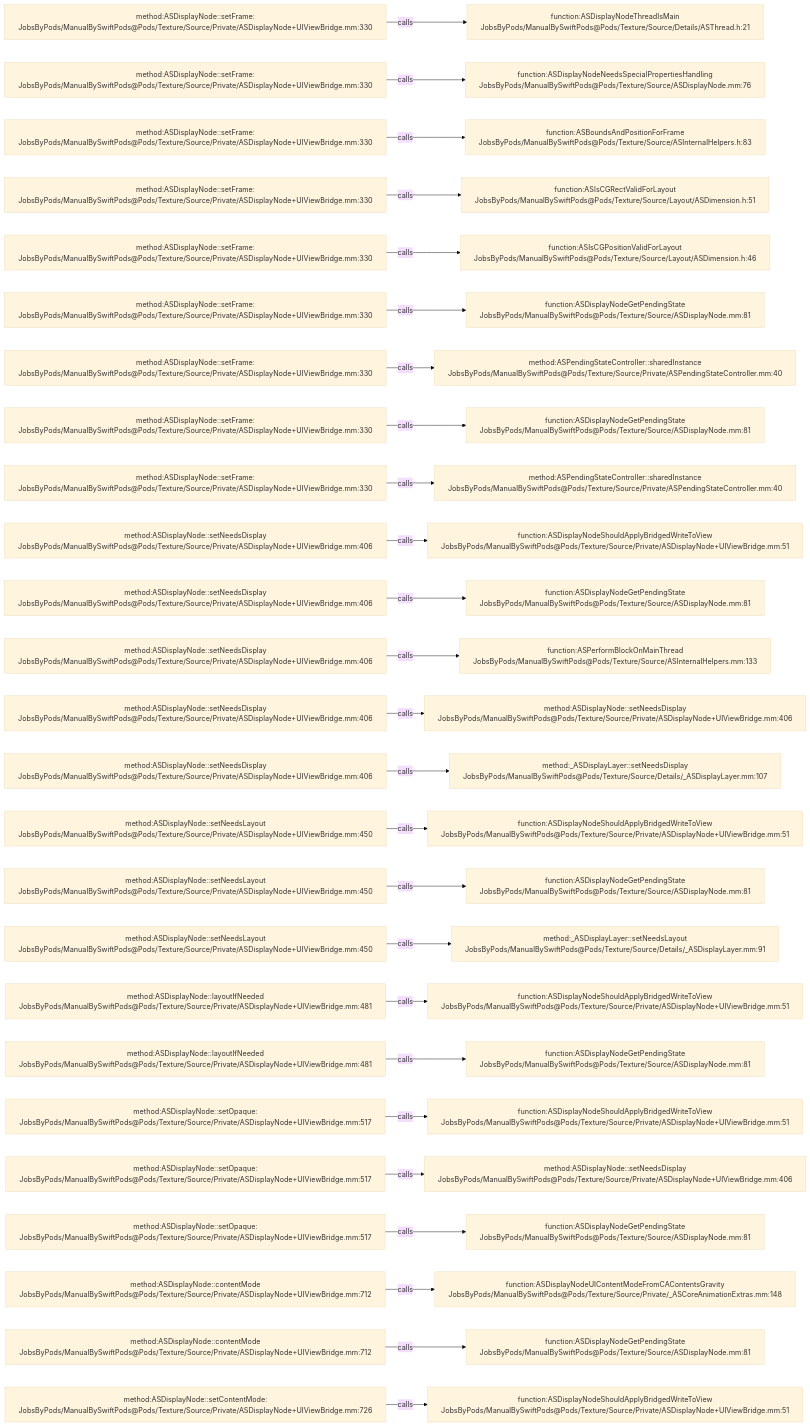
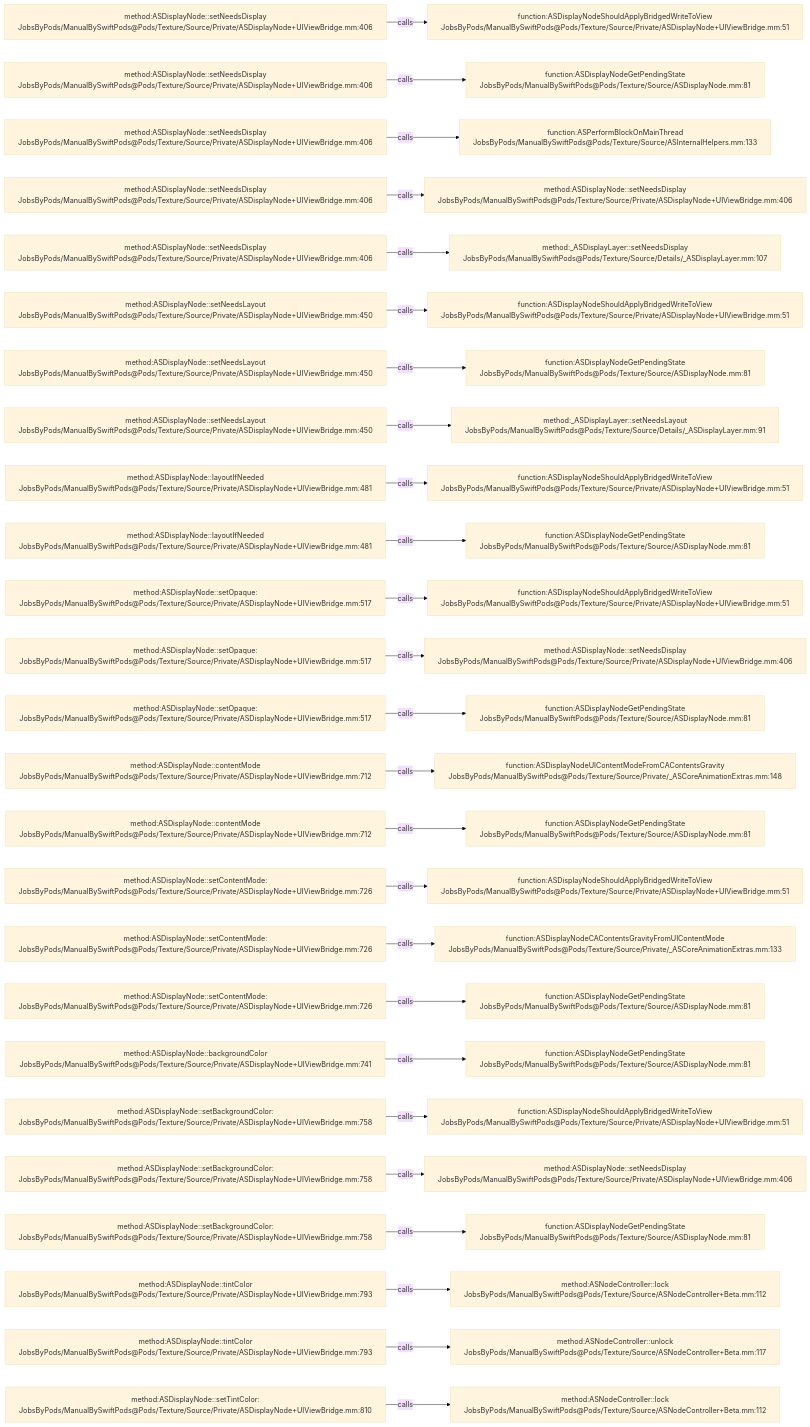
Before and after one commit to JobsKits/JobsSwiftBaseConfigDemo: the diagram in .codegraph/codegraph.md/graphs/calls-119.md, drawn with Mermaid (base theme). The commit also changed 707 other files, not shown here.

````diff
--- a/.codegraph/codegraph.md/graphs/calls-119.md
+++ b/.codegraph/codegraph.md/graphs/calls-119.md
@@ -13,78 +13,78 @@
 ```mermaid
 flowchart LR
-  S1["method:ASDisplayNode::setFrame:<br/>JobsByPods/ManualBySwiftPods@Pods/Texture/Source/Private/ASDisplayNode+UIViewBridge.mm:330"]
-  T1["function:ASDisplayNodeThreadIsMain<br/>JobsByPods/ManualBySwiftPods@Pods/Texture/Source/Details/ASThread.h:21"]
+  S1["method:ASDisplayNode::setNeedsDisplay<br/>JobsByPods/ManualBySwiftPods@Pods/Texture/Source/Private/ASDisplayNode+UIViewBridge.mm:406"]
+  T1["function:ASDisplayNodeShouldApplyBridgedWriteToView<br/>JobsByPods/ManualBySwiftPods@Pods/Texture/Source/Private/ASDisplayNode+UIViewBridge.mm:51"]
   S1 -->|calls| T1
-  S2["method:ASDisplayNode::setFrame:<br/>JobsByPods/ManualBySwiftPods@Pods/Texture/Source/Private/ASDisplayNode+UIViewBridge.mm:330"]
-  T2["function:ASDisplayNodeNeedsSpecialPropertiesHandling<br/>JobsByPods/ManualBySwiftPods@Pods/Texture/Source/ASDisplayNode.mm:76"]
+  S2["method:ASDisplayNode::setNeedsDisplay<br/>JobsByPods/ManualBySwiftPods@Pods/Texture/Source/Private/ASDisplayNode+UIViewBridge.mm:406"]
+  T2["function:ASDisplayNodeGetPendingState<br/>JobsByPods/ManualBySwiftPods@Pods/Texture/Source/ASDisplayNode.mm:81"]
   S2 -->|calls| T2
-  S3["method:ASDisplayNode::setFrame:<br/>JobsByPods/ManualBySwiftPods@Pods/Texture/Source/Private/ASDisplayNode+UIViewBridge.mm:330"]
-  T3["function:ASBoundsAndPositionForFrame<br/>JobsByPods/ManualBySwiftPods@Pods/Texture/Source/ASInternalHelpers.h:83"]
+  S3["method:ASDisplayNode::setNeedsDisplay<br/>JobsByPods/ManualBySwiftPods@Pods/Texture/Source/Private/ASDisplayNode+UIViewBridge.mm:406"]
+  T3["function:ASPerformBlockOnMainThread<br/>JobsByPods/ManualBySwiftPods@Pods/Texture/Source/ASInternalHelpers.mm:133"]
   S3 -->|calls| T3
-  S4["method:ASDisplayNode::setFrame:<br/>JobsByPods/ManualBySwiftPods@Pods/Texture/Source/Private/ASDisplayNode+UIViewBridge.mm:330"]
-  T4["function:ASIsCGRectValidForLayout<br/>JobsByPods/ManualBySwiftPods@Pods/Texture/Source/Layout/ASDimension.h:51"]
+  S4["method:ASDisplayNode::setNeedsDisplay<br/>JobsByPods/ManualBySwiftPods@Pods/Texture/Source/Private/ASDisplayNode+UIViewBridge.mm:406"]
+  T4["method:ASDisplayNode::setNeedsDisplay<br/>JobsByPods/ManualBySwiftPods@Pods/Texture/Source/Private/ASDisplayNode+UIViewBridge.mm:406"]
   S4 -->|calls| T4
-  S5["method:ASDisplayNode::setFrame:<br/>JobsByPods/ManualBySwiftPods@Pods/Texture/Source/Private/ASDisplayNode+UIViewBridge.mm:330"]
-  T5["function:ASIsCGPositionValidForLayout<br/>JobsByPods/ManualBySwiftPods@Pods/Texture/Source/Layout/ASDimension.h:46"]
+  S5["method:ASDisplayNode::setNeedsDisplay<br/>JobsByPods/ManualBySwiftPods@Pods/Texture/Source/Private/ASDisplayNode+UIViewBridge.mm:406"]
+  T5["method:_ASDisplayLayer::setNeedsDisplay<br/>JobsByPods/ManualBySwiftPods@Pods/Texture/Source/Details/_ASDisplayLayer.mm:107"]
   S5 -->|calls| T5
-  S6["method:ASDisplayNode::setFrame:<br/>JobsByPods/ManualBySwiftPods@Pods/Texture/Source/Private/ASDisplayNode+UIViewBridge.mm:330"]
-  T6["function:ASDisplayNodeGetPendingState<br/>JobsByPods/ManualBySwiftPods@Pods/Texture/Source/ASDisplayNode.mm:81"]
+  S6["method:ASDisplayNode::setNeedsLayout<br/>JobsByPods/ManualBySwiftPods@Pods/Texture/Source/Private/ASDisplayNode+UIViewBridge.mm:450"]
+  T6["function:ASDisplayNodeShouldApplyBridgedWriteToView<br/>JobsByPods/ManualBySwiftPods@Pods/Texture/Source/Private/ASDisplayNode+UIViewBridge.mm:51"]
   S6 -->|calls| T6
-  S7["method:ASDisplayNode::setFrame:<br/>JobsByPods/ManualBySwiftPods@Pods/Texture/Source/Private/ASDisplayNode+UIViewBridge.mm:330"]
-  T7["method:ASPendingStateController::sharedInstance<br/>JobsByPods/ManualBySwiftPods@Pods/Texture/Source/Private/ASPendingStateController.mm:40"]
+  S7["method:ASDisplayNode::setNeedsLayout<br/>JobsByPods/ManualBySwiftPods@Pods/Texture/Source/Private/ASDisplayNode+UIViewBridge.mm:450"]
+  T7["function:ASDisplayNodeGetPendingState<br/>JobsByPods/ManualBySwiftPods@Pods/Texture/Source/ASDisplayNode.mm:81"]
   S7 -->|calls| T7
-  S8["method:ASDisplayNode::setFrame:<br/>JobsByPods/ManualBySwiftPods@Pods/Texture/Source/Private/ASDisplayNode+UIViewBridge.mm:330"]
-  T8["function:ASDisplayNodeGetPendingState<br/>JobsByPods/ManualBySwiftPods@Pods/Texture/Source/ASDisplayNode.mm:81"]
+  S8["method:ASDisplayNode::setNeedsLayout<br/>JobsByPods/ManualBySwiftPods@Pods/Texture/Source/Private/ASDisplayNode+UIViewBridge.mm:450"]
+  T8["method:_ASDisplayLayer::setNeedsLayout<br/>JobsByPods/ManualBySwiftPods@Pods/Texture/Source/Details/_ASDisplayLayer.mm:91"]
   S8 -->|calls| T8
-  S9["method:ASDisplayNode::setFrame:<br/>JobsByPods/ManualBySwiftPods@Pods/Texture/Source/Private/ASDisplayNode+UIViewBridge.mm:330"]
-  T9["method:ASPendingStateController::sharedInstance<br/>JobsByPods/ManualBySwiftPods@Pods/Texture/Source/Private/ASPendingStateController.mm:40"]
+  S9["method:ASDisplayNode::layoutIfNeeded<br/>JobsByPods/ManualBySwiftPods@Pods/Texture/Source/Private/ASDisplayNode+UIViewBridge.mm:481"]
+  T9["function:ASDisplayNodeShouldApplyBridgedWriteToView<br/>JobsByPods/ManualBySwiftPods@Pods/Texture/Source/Private/ASDisplayNode+UIViewBridge.mm:51"]
   S9 -->|calls| T9
-  S10["method:ASDisplayNode::setNeedsDisplay<br/>JobsByPods/ManualBySwiftPods@Pods/Texture/Source/Private/ASDisplayNode+UIViewBridge.mm:406"]
-  T10["function:ASDisplayNodeShouldApplyBridgedWriteToView<br/>JobsByPods/ManualBySwiftPods@Pods/Texture/Source/Private/ASDisplayNode+UIViewBridge.mm:51"]
+  S10["method:ASDisplayNode::layoutIfNeeded<br/>JobsByPods/ManualBySwiftPods@Pods/Texture/Source/Private/ASDisplayNode+UIViewBridge.mm:481"]
+  T10["function:ASDisplayNodeGetPendingState<br/>JobsByPods/ManualBySwiftPods@Pods/Texture/Source/ASDisplayNode.mm:81"]
   S10 -->|calls| T10
-  S11["method:ASDisplayNode::setNeedsDisplay<br/>JobsByPods/ManualBySwiftPods@Pods/Texture/Source/Private/ASDisplayNode+UIViewBridge.mm:406"]
-  T11["function:ASDisplayNodeGetPendingState<br/>JobsByPods/ManualBySwiftPods@Pods/Texture/Source/ASDisplayNode.mm:81"]
+  S11["method:ASDisplayNode::setOpaque:<br/>JobsByPods/ManualBySwiftPods@Pods/Texture/Source/Private/ASDisplayNode+UIViewBridge.mm:517"]
+  T11["function:ASDisplayNodeShouldApplyBridgedWriteToView<br/>JobsByPods/ManualBySwiftPods@Pods/Texture/Source/Private/ASDisplayNode+UIViewBridge.mm:51"]
   S11 -->|calls| T11
-  S12["method:ASDisplayNode::setNeedsDisplay<br/>JobsByPods/ManualBySwiftPods@Pods/Texture/Source/Private/ASDisplayNode+UIViewBridge.mm:406"]
-  T12["function:ASPerformBlockOnMainThread<br/>JobsByPods/ManualBySwiftPods@Pods/Texture/Source/ASInternalHelpers.mm:133"]
+  S12["method:ASDisplayNode::setOpaque:<br/>JobsByPods/ManualBySwiftPods@Pods/Texture/Source/Private/ASDisplayNode+UIViewBridge.mm:517"]
+  T12["method:ASDisplayNode::setNeedsDisplay<br/>JobsByPods/ManualBySwiftPods@Pods/Texture/Source/Private/ASDisplayNode+UIViewBridge.mm:406"]
   S12 -->|calls| T12
-  S13["method:ASDisplayNode::setNeedsDisplay<br/>JobsByPods/ManualBySwiftPods@Pods/Texture/Source/Private/ASDisplayNode+UIViewBridge.mm:406"]
-  T13["method:ASDisplayNode::setNeedsDisplay<br/>JobsByPods/ManualBySwiftPods@Pods/Texture/Source/Private/ASDisplayNode+UIViewBridge.mm:406"]
+  S13["method:ASDisplayNode::setOpaque:<br/>JobsByPods/ManualBySwiftPods@Pods/Texture/Source/Private/ASDisplayNode+UIViewBridge.mm:517"]
+  T13["function:ASDisplayNodeGetPendingState<br/>JobsByPods/ManualBySwiftPods@Pods/Texture/Source/ASDisplayNode.mm:81"]
   S13 -->|calls| T13
-  S14["method:ASDisplayNode::setNeedsDisplay<br/>JobsByPods/ManualBySwiftPods@Pods/Texture/Source/Private/ASDisplayNode+UIViewBridge.mm:406"]
-  T14["method:_ASDisplayLayer::setNeedsDisplay<br/>JobsByPods/ManualBySwiftPods@Pods/Texture/Source/Details/_ASDisplayLayer.mm:107"]
+  S14["method:ASDisplayNode::contentMode<br/>JobsByPods/ManualBySwiftPods@Pods/Texture/Source/Private/ASDisplayNode+UIViewBridge.mm:712"]
+  T14["function:ASDisplayNodeUIContentModeFromCAContentsGravity<br/>JobsByPods/ManualBySwiftPods@Pods/Texture/Source/Private/_ASCoreAnimationExtras.mm:148"]
   S14 -->|calls| T14
-  S15["method:ASDisplayNode::setNeedsLayout<br/>JobsByPods/ManualBySwiftPods@Pods/Texture/Source/Private/ASDisplayNode+UIViewBridge.mm:450"]
-  T15["function:ASDisplayNodeShouldApplyBridgedWriteToView<br/>JobsByPods/ManualBySwiftPods@Pods/Texture/Source/Private/ASDisplayNode+UIViewBridge.mm:51"]
+  S15["method:ASDisplayNode::contentMode<br/>JobsByPods/ManualBySwiftPods@Pods/Texture/Source/Private/ASDisplayNode+UIViewBridge.mm:712"]
+  T15["function:ASDisplayNodeGetPendingState<br/>JobsByPods/ManualBySwiftPods@Pods/Texture/Source/ASDisplayNode.mm:81"]
   S15 -->|calls| T15
-  S16["method:ASDisplayNode::setNeedsLayout<br/>JobsByPods/ManualBySwiftPods@Pods/Texture/Source/Private/ASDisplayNode+UIViewBridge.mm:450"]
-  T16["function:ASDisplayNodeGetPendingState<br/>JobsByPods/ManualBySwiftPods@Pods/Texture/Source/ASDisplayNode.mm:81"]
+  S16["method:ASDisplayNode::setContentMode:<br/>JobsByPods/ManualBySwiftPods@Pods/Texture/Source/Private/ASDisplayNode+UIViewBridge.mm:726"]
+  T16["function:ASDisplayNodeShouldApplyBridgedWriteToView<br/>JobsByPods/ManualBySwiftPods@Pods/Texture/Source/Private/ASDisplayNode+UIViewBridge.mm:51"]
   S16 -->|calls| T16
-  S17["method:ASDisplayNode::setNeedsLayout<br/>JobsByPods/ManualBySwiftPods@Pods/Texture/Source/Private/ASDisplayNode+UIViewBridge.mm:450"]
-  T17["method:_ASDisplayLayer::setNeedsLayout<br/>JobsByPods/ManualBySwiftPods@Pods/Texture/Source/Details/_ASDisplayLayer.mm:91"]
+  S17["method:ASDisplayNode::setContentMode:<br/>JobsByPods/ManualBySwiftPods@Pods/Texture/Source/Private/ASDisplayNode+UIViewBridge.mm:726"]
+  T17["function:ASDisplayNodeCAContentsGravityFromUIContentMode<br/>JobsByPods/ManualBySwiftPods@Pods/Texture/Source/Private/_ASCoreAnimationExtras.mm:133"]
   S17 -->|calls| T17
-  S18["method:ASDisplayNode::layoutIfNeeded<br/>JobsByPods/ManualBySwiftPods@Pods/Texture/Source/Private/ASDisplayNode+UIViewBridge.mm:481"]
-  T18["function:ASDisplayNodeShouldApplyBridgedWriteToView<br/>JobsByPods/ManualBySwiftPods@Pods/Texture/Source/Private/ASDisplayNode+UIViewBridge.mm:51"]
+  S18["method:ASDisplayNode::setContentMode:<br/>JobsByPods/ManualBySwiftPods@Pods/Texture/Source/Private/ASDisplayNode+UIViewBridge.mm:726"]
+  T18["function:ASDisplayNodeGetPendingState<br/>JobsByPods/ManualBySwiftPods@Pods/Texture/Source/ASDisplayNode.mm:81"]
   S18 -->|calls| T18
-  S19["method:ASDisplayNode::layoutIfNeeded<br/>JobsByPods/ManualBySwiftPods@Pods/Texture/Source/Private/ASDisplayNode+UIViewBridge.mm:481"]
+  S19["method:ASDisplayNode::backgroundColor<br/>JobsByPods/ManualBySwiftPods@Pods/Texture/Source/Private/ASDisplayNode+UIViewBridge.mm:741"]
   T19["function:ASDisplayNodeGetPendingState<br/>JobsByPods/ManualBySwiftPods@Pods/Texture/Source/ASDisplayNode.mm:81"]
   S19 -->|calls| T19
-  S20["method:ASDisplayNode::setOpaque:<br/>JobsByPods/ManualBySwiftPods@Pods/Texture/Source/Private/ASDisplayNode+UIViewBridge.mm:517"]
+  S20["method:ASDisplayNode::setBackgroundColor:<br/>JobsByPods/ManualBySwiftPods@Pods/Texture/Source/Private/ASDisplayNode+UIViewBridge.mm:758"]
   T20["function:ASDisplayNodeShouldApplyBridgedWriteToView<br/>JobsByPods/ManualBySwiftPods@Pods/Texture/Source/Private/ASDisplayNode+UIViewBridge.mm:51"]
   S20 -->|calls| T20
-  S21["method:ASDisplayNode::setOpaque:<br/>JobsByPods/ManualBySwiftPods@Pods/Texture/Source/Private/ASDisplayNode+UIViewBridge.mm:517"]
+  S21["method:ASDisplayNode::setBackgroundColor:<br/>JobsByPods/ManualBySwiftPods@Pods/Texture/Source/Private/ASDisplayNode+UIViewBridge.mm:758"]
   T21["method:ASDisplayNode::setNeedsDisplay<br/>JobsByPods/ManualBySwiftPods@Pods/Texture/Source/Private/ASDisplayNode+UIViewBridge.mm:406"]
   S21 -->|calls| T21
-  S22["method:ASDisplayNode::setOpaque:<br/>JobsByPods/ManualBySwiftPods@Pods/Texture/Source/Private/ASDisplayNode+UIViewBridge.mm:517"]
+  S22["method:ASDisplayNode::setBackgroundColor:<br/>JobsByPods/ManualBySwiftPods@Pods/Texture/Source/Private/ASDisplayNode+UIViewBridge.mm:758"]
   T22["function:ASDisplayNodeGetPendingState<br/>JobsByPods/ManualBySwiftPods@Pods/Texture/Source/ASDisplayNode.mm:81"]
   S22 -->|calls| T22
-  S23["method:ASDisplayNode::contentMode<br/>JobsByPods/ManualBySwiftPods@Pods/Texture/Source/Private/ASDisplayNode+UIViewBridge.mm:712"]
-  T23["function:ASDisplayNodeUIContentModeFromCAContentsGravity<br/>JobsByPods/ManualBySwiftPods@Pods/Texture/Source/Private/_ASCoreAnimationExtras.mm:148"]
+  S23["method:ASDisplayNode::tintColor<br/>JobsByPods/ManualBySwiftPods@Pods/Texture/Source/Private/ASDisplayNode+UIViewBridge.mm:793"]
+  T23["method:ASNodeController::lock<br/>JobsByPods/ManualBySwiftPods@Pods/Texture/Source/ASNodeController+Beta.mm:112"]
   S23 -->|calls| T23
-  S24["method:ASDisplayNode::contentMode<br/>JobsByPods/ManualBySwiftPods@Pods/Texture/Source/Private/ASDisplayNode+UIViewBridge.mm:712"]
-  T24["function:ASDisplayNodeGetPendingState<br/>JobsByPods/ManualBySwiftPods@Pods/Texture/Source/ASDisplayNode.mm:81"]
+  S24["method:ASDisplayNode::tintColor<br/>JobsByPods/ManualBySwiftPods@Pods/Texture/Source/Private/ASDisplayNode+UIViewBridge.mm:793"]
+  T24["method:ASNodeController::unlock<br/>JobsByPods/ManualBySwiftPods@Pods/Texture/Source/ASNodeController+Beta.mm:117"]
   S24 -->|calls| T24
-  S25["method:ASDisplayNode::setContentMode:<br/>JobsByPods/ManualBySwiftPods@Pods/Texture/Source/Private/ASDisplayNode+UIViewBridge.mm:726"]
-  T25["function:ASDisplayNodeShouldApplyBridgedWriteToView<br/>JobsByPods/ManualBySwiftPods@Pods/Texture/Source/Private/ASDisplayNode+UIViewBridge.mm:51"]
+  S25["method:ASDisplayNode::setTintColor:<br/>JobsByPods/ManualBySwiftPods@Pods/Texture/Source/Private/ASDisplayNode+UIViewBridge.mm:810"]
+  T25["method:ASNodeController::lock<br/>JobsByPods/ManualBySwiftPods@Pods/Texture/Source/ASNodeController+Beta.mm:112"]
   S25 -->|calls| T25
 ```
````
